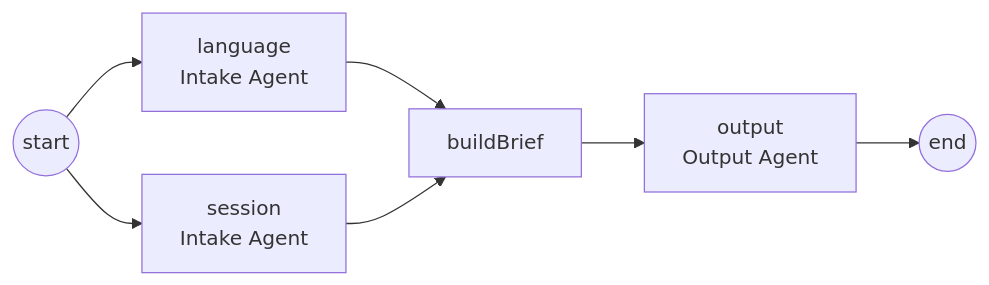
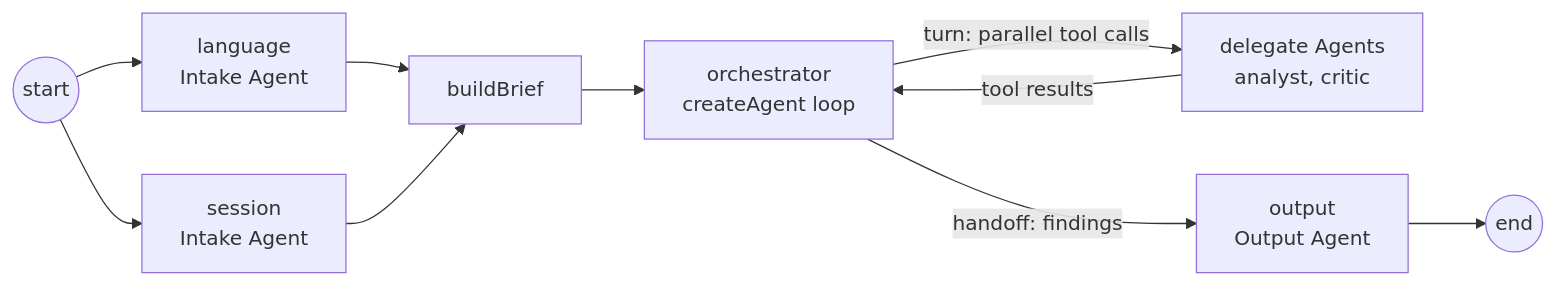
One commit to itsDaiton/nebula-chat changed the seventh of 9 diagrams in docs/architecture.md. Above: the diagram before and after it, drawn with Mermaid. The commit also changed other lines of this file and 34 other files, not shown here.

First line of the commit message:
feat(worker): NEB-360 Orchestrator tool-calling loop with delegate Agents and Run budget (#656)

````diff
--- a/docs/architecture.md
+++ b/docs/architecture.md
@@ -359,9 +359,12 @@
 ```mermaid
 flowchart LR
   start((start)) --> ld[language<br/>Intake Agent]
   start --> ss[session<br/>Intake Agent]
   ld --> brief[buildBrief]
   ss --> brief
-  brief --> out[output<br/>Output Agent]
+  brief --> orch[orchestrator<br/>createAgent loop]
+  orch -->|turn: parallel tool calls| dg[delegate Agents<br/>analyst, critic]
+  dg -->|tool results| orch
+  orch -->|handoff: findings| out[output<br/>Output Agent]
   out --> done((end))
 ```
````
